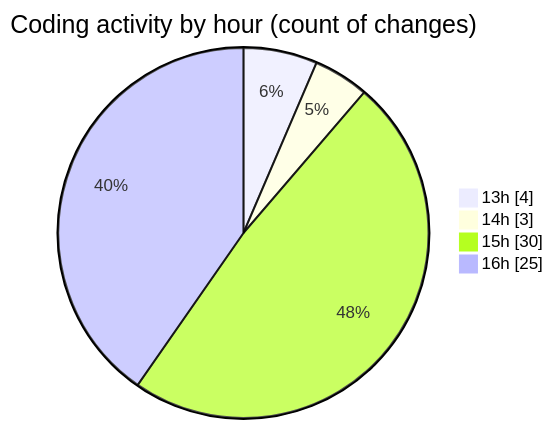
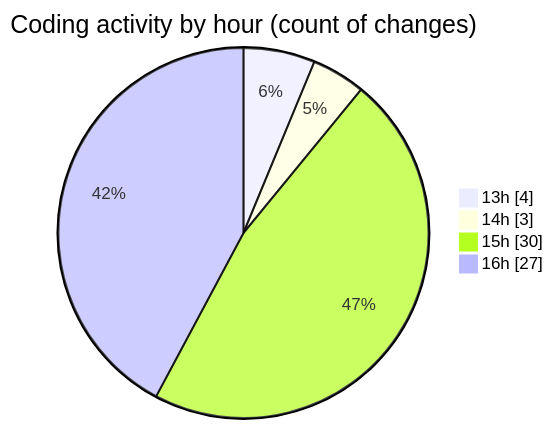
The second of 2 diagrams in 2025-08-11/ribbon/README.md (EIIisD/code-tracking), drawn with Mermaid before and after one commit. The commit also changed other lines of this file and 1 other file, not shown here.

````diff
--- a/2025-08-11/ribbon/README.md
+++ b/2025-08-11/ribbon/README.md
@@ -49,8 +49,8 @@
 ```mermaid
 pie showData
 title Coding activity by hour (count of changes)
 "13h" : 4
 "14h" : 3
 "15h" : 30
-"16h" : 25
+"16h" : 27
 ```
````
